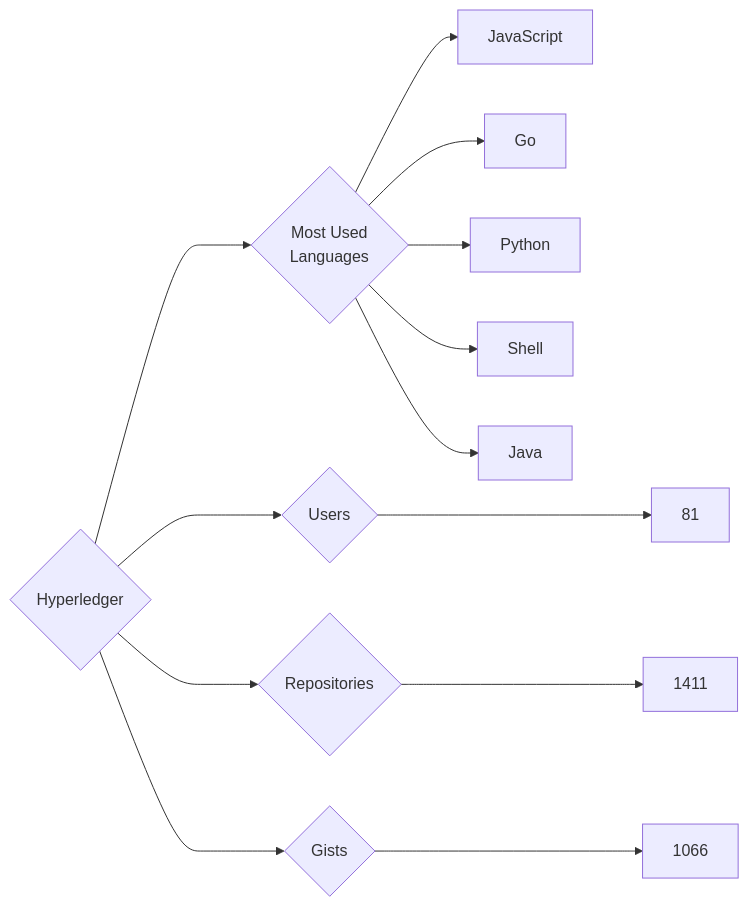
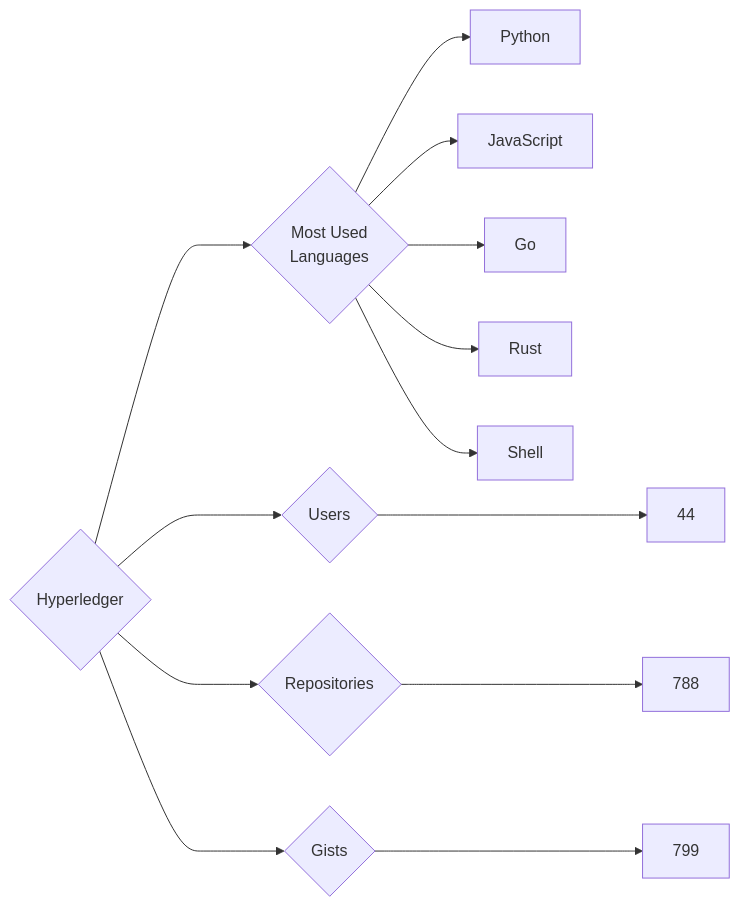
One commit to trickest/insiders changed the diagram in targets/Hyperledger/README.md. Above: the diagram before and after it, drawn with Mermaid. The commit also changed 924 other files, not shown here.

````diff
--- a/targets/Hyperledger/README.md
+++ b/targets/Hyperledger/README.md
@@ -3,13 +3,13 @@
 ```mermaid
 graph LR
 COMPANY_NAME{Hyperledger}
-COMPANY_NAME ---> U{Users} ---> UN[81]
-COMPANY_NAME ---> R{Repositories} ---> RN[1411]
-COMPANY_NAME ---> G{Gists} ---> GN[1066]
+COMPANY_NAME ---> U{Users} ---> UN[44]
+COMPANY_NAME ---> R{Repositories} ---> RN[788]
+COMPANY_NAME ---> G{Gists} ---> GN[799]
 COMPANY_NAME ---> ML{Most Used<br>Languages}
+ML --> Python[Python]
 ML --> JavaScript[JavaScript]
 ML --> Go[Go]
-ML --> Python[Python]
+ML --> Rust[Rust]
 ML --> Shell[Shell]
-ML --> Java[Java]
 ```
````
